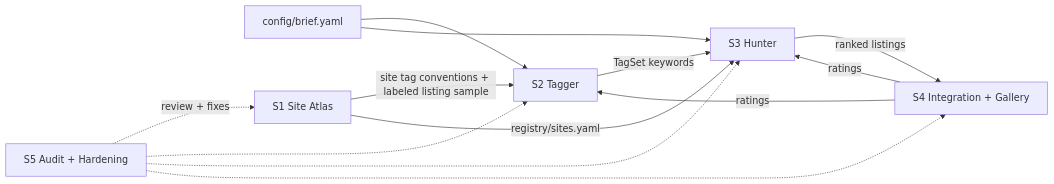
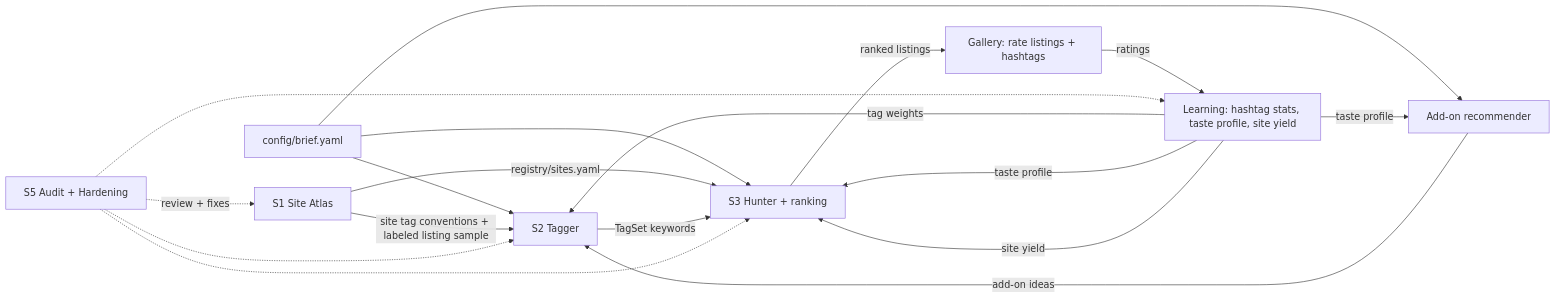
One commit to PaddyMurphy56/Costume- changed the diagram in docs/ROADMAP.md. Above: the diagram before and after it, drawn with Mermaid. The commit also changed other lines of this file and 5 other files, not shown here.

First line of the commit message:
Plan for 20-30 learning runs, ratings, and add-on recommendations

````diff
--- a/docs/ROADMAP.md
+++ b/docs/ROADMAP.md
@@ -36,22 +42,29 @@
 ```mermaid
 flowchart LR
   brief["config/brief.yaml"]
   A["S1 Site Atlas"]
   B["S2 Tagger"]
-  C["S3 Hunter"]
-  D["S4 Integration + Gallery"]
+  C["S3 Hunter + ranking"]
+  G["Gallery: rate listings + hashtags"]
+  L["Learning: hashtag stats, taste profile, site yield"]
+  R["Add-on recommender"]
   E["S5 Audit + Hardening"]
 
+  brief --> B
+  brief --> C
+  brief --> R
   A -->|"site tag conventions + labeled listing sample"| B
   A -->|"registry/sites.yaml"| C
   B -->|"TagSet keywords"| C
-  brief --> B
-  brief --> C
-  C -->|"ranked listings"| D
-  D -->|"ratings"| B
-  D -->|"ratings"| C
+  C -->|"ranked listings"| G
+  R -->|"add-on ideas"| B
+  G -->|"ratings"| L
+  L -->|"tag weights"| B
+  L -->|"taste profile"| C
+  L -->|"site yield"| C
+  L -->|"taste profile"| R
   E -.->|"review + fixes"| A
   E -.-> B
   E -.-> C
-  E -.-> D
+  E -.-> L
 ```
````
